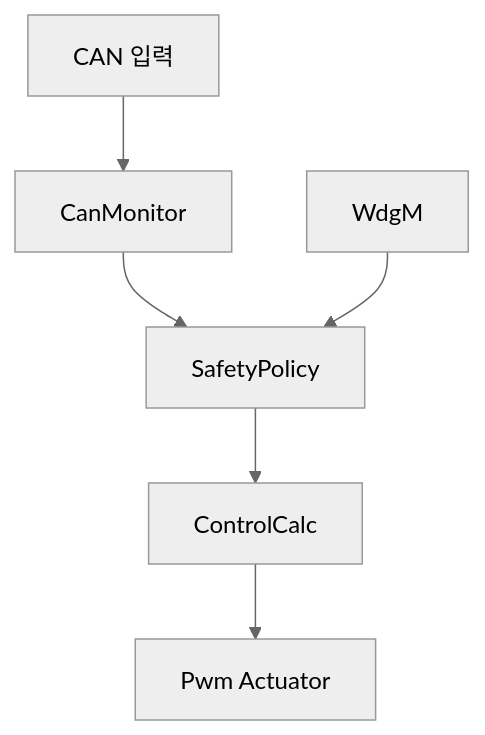
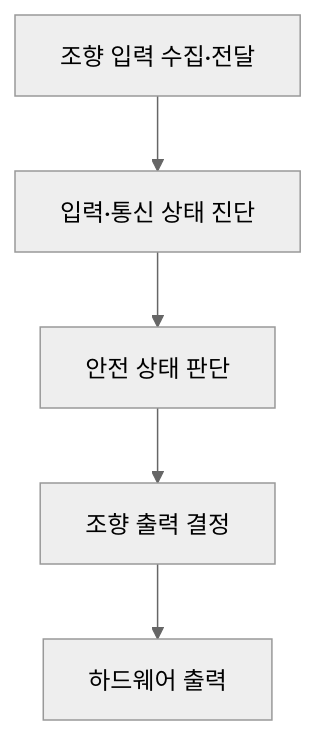
One commit to kwangil1245-code/ISO-26262-sbw changed the third of 3 diagrams in workproducts/02_Concept_design.md. Above: the diagram before and after it, drawn with Mermaid (neutral theme). The commit also changed other lines of this file, not shown here.

````diff
--- a/workproducts/02_Concept_design.md
+++ b/workproducts/02_Concept_design.md
@@ -30,8 +71,7 @@
 ```mermaid
 flowchart TD
-    A["CAN 입력"] --> B["CanMonitor"]
-    B --> C["SafetyPolicy"]
-    W["WdgM"] --> C
-    C --> D["ControlCalc"]
-    D --> E["Pwm Actuator"]
+    A["조향 입력 수집·전달"] --> B["입력·통신 상태 진단"]
+    B --> C["안전 상태 판단"]
+    C --> D["조향 출력 결정"]
+    D --> E["하드웨어 출력"]
 ```
````
